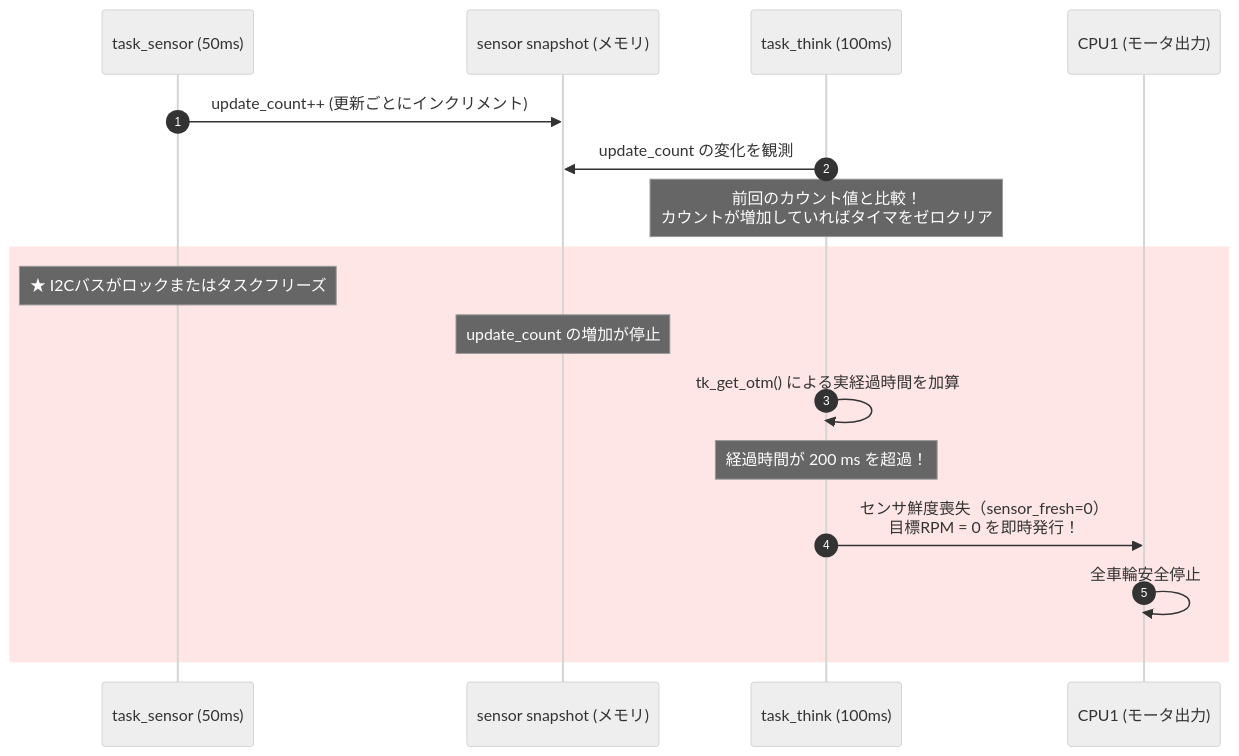
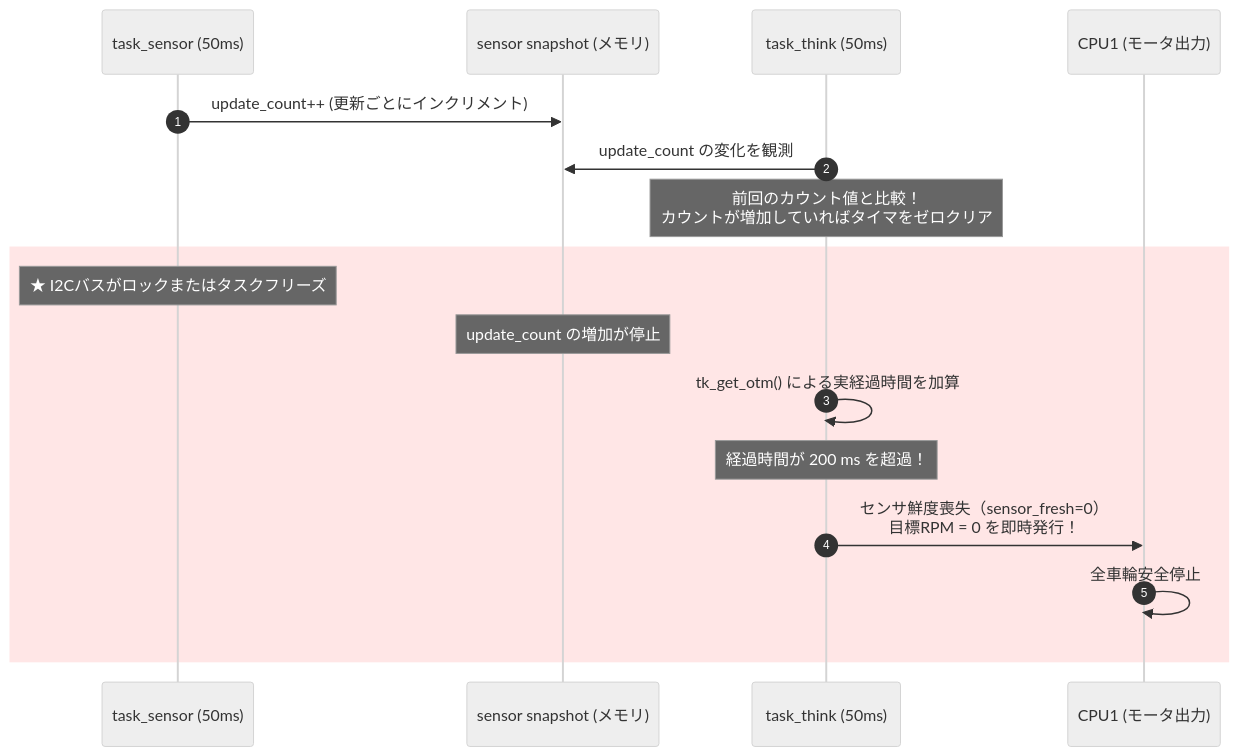
One commit to horned128/sound-exploration-rover changed the third of 3 diagrams in docs/textbook/07_sensor_and_autonomy.md. Above: the diagram before and after it, drawn with Mermaid (neutral theme). The commit also changed other lines of this file and 20 other files, not shown here.

````diff
--- a/docs/textbook/07_sensor_and_autonomy.md
+++ b/docs/textbook/07_sensor_and_autonomy.md
@@ -106,21 +167,21 @@
 ```mermaid
 sequenceDiagram
     autonumber
     participant S_TSK as task_sensor (50ms)
     participant HUB as sensor snapshot (メモリ)
-    participant T_TSK as task_think (100ms)
+    participant T_TSK as task_think (50ms)
     participant C1 as CPU1 (モータ出力)
 
     S_TSK->>HUB: update_count++ (更新ごとにインクリメント)
     T_TSK->>HUB: update_count の変化を観測
     Note over T_TSK: 前回のカウント値と比較！<br/>カウントが増加していればタイマをゼロクリア
     
     rect rgb(255, 230, 230)
         Note over S_TSK: ★ I2Cバスがロックまたはタスクフリーズ
         Note over HUB: update_count の増加が停止
         T_TSK->>T_TSK: tk_get_otm() による実経過時間を加算
         Note over T_TSK: 経過時間が 200 ms を超過！
         T_TSK->>C1: センサ鮮度喪失（sensor_fresh=0）<br/>目標RPM = 0 を即時発行！
         C1->>C1: 全車輪安全停止
     end
 ```
````
